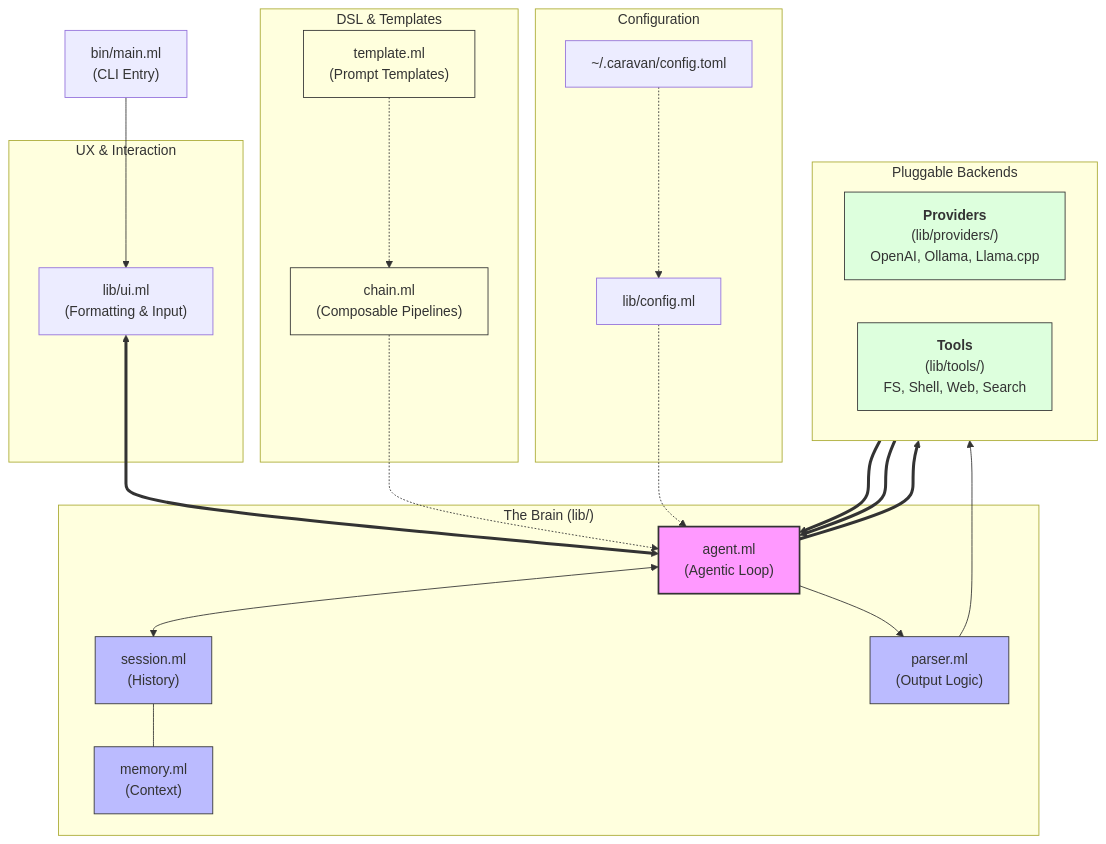
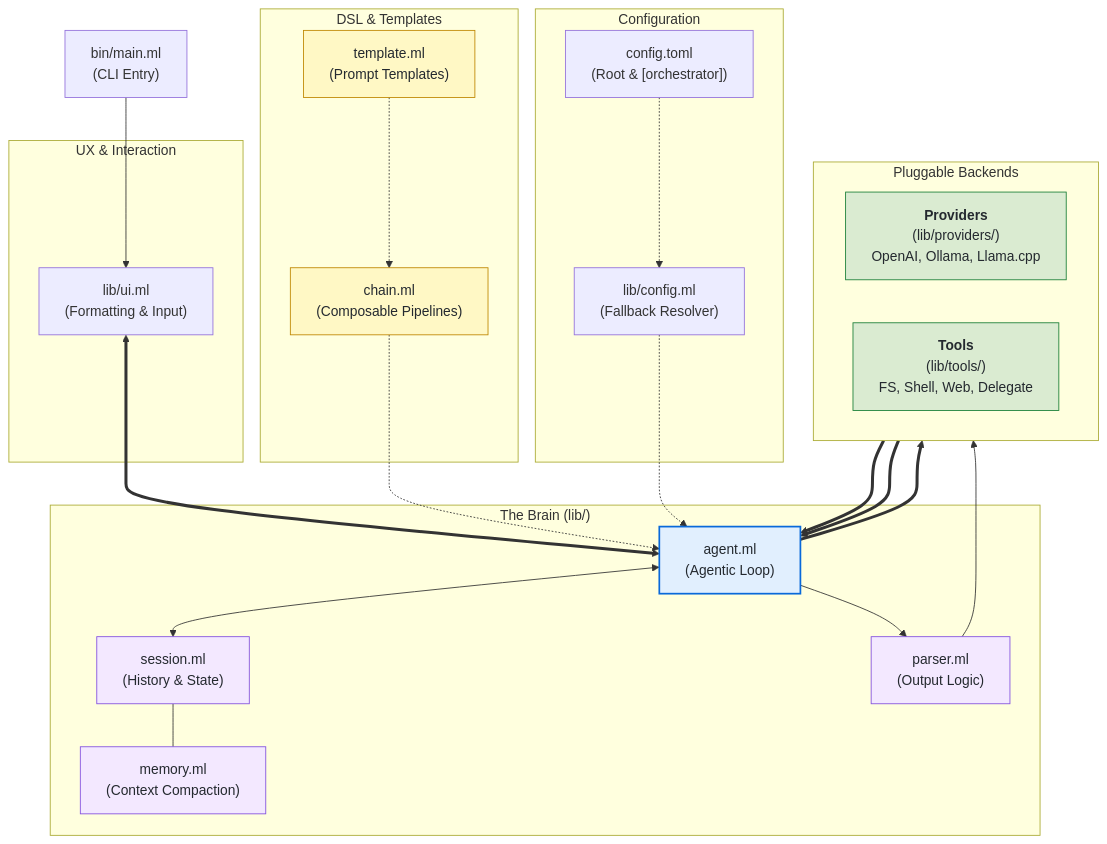
One commit to adukhan99/Caravan changed the diagram in README.md. Above: the diagram before and after it, drawn with Mermaid. The commit also changed other lines of this file and 3 other files, not shown here.

Commit message:
docs: refactor documentation and update architecture diagrams to support TOML configuration hierarchy

````diff
--- a/README.md
+++ b/README.md
@@ -107,63 +107,63 @@
 ```mermaid
 flowchart TB
     %% Nodes
     Entry["bin/main.ml<br/>(CLI Entry)"]
     
     subgraph UI_Layer ["UX & Interaction"]
         UI["lib/ui.ml<br/>(Formatting & Input)"]
     end
 
     subgraph Orchestrator ["The Brain (lib/)"]
         Agent["agent.ml<br/>(Agentic Loop)"]
-        Session["session.ml<br/>(History)"]
-        Memory["memory.ml<br/>(Context)"]
+        Session["session.ml<br/>(History & State)"]
+        Memory["memory.ml<br/>(Context Compaction)"]
         Parser["parser.ml<br/>(Output Logic)"]
     end
 
     subgraph DSL_Layer ["DSL & Templates"]
         Chain["chain.ml<br/>(Composable Pipelines)"]
         Template["template.ml<br/>(Prompt Templates)"]
     end
 
     subgraph Interface ["Pluggable Backends"]
         direction LR
         Providers["<b>Providers</b><br/>(lib/providers/)<br/>OpenAI, Ollama, Llama.cpp"]
-        Tools["<b>Tools</b><br/>(lib/tools/)<br/>FS, Shell, Web, Search"]
+        Tools["<b>Tools</b><br/>(lib/tools/)<br/>FS, Shell, Web, Delegate"]
     end
 
     subgraph Settings ["Configuration"]
-        TOML["~/.caravan/config.toml"]
-        Config["lib/config.ml"]
+        TOML["config.toml<br/>(Root & [orchestrator])"]
+        Config["lib/config.ml<br/>(Fallback Resolver)"]
     end
 
     %% Connections
     Entry --> UI
     UI <==> Agent
     
     Agent <--> Session
     Session --- Memory
     
     Agent ==> Providers
     Providers ==> Agent
     
     Agent --> Parser
     Parser --> Tools
     Tools ==> Agent
 
     Chain -.-> Agent
     Template -.-> Chain
 
     TOML -.-> Config
     Config -.-> Agent
 
     %% Styling
-    classDef primary fill:#f9f,stroke:#333,stroke-width:2px;
-    classDef secondary fill:#bbf,stroke:#333,stroke-width:1px;
-    classDef interface fill:#dfd,stroke:#333,stroke-width:1px;
-    classDef dsl fill:#ffd,stroke:#333,stroke-width:1px;
+    classDef primary fill:#e1effe,stroke:#0969da,stroke-width:2px,color:#24292f;
+    classDef secondary fill:#f3e8ff,stroke:#8250df,stroke-width:1px,color:#24292f;
+    classDef interface fill:#daebd1,stroke:#1a7f37,stroke-width:1px,color:#24292f;
+    classDef dsl fill:#fff8c5,stroke:#bf8700,stroke-width:1px,color:#24292f;
     
     class Agent primary;
     class Session,Memory,Parser secondary;
     class Providers,Tools interface;
     class Chain,Template dsl;
 ```
````
